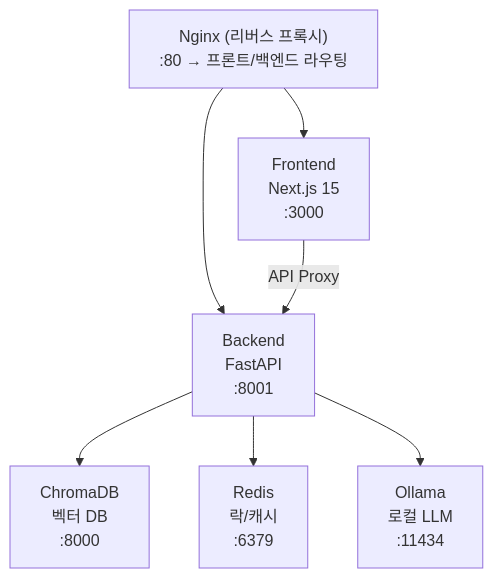
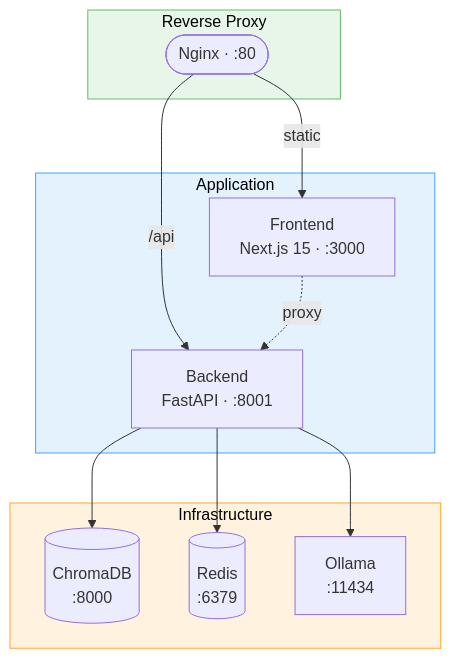
One commit to Jeensh/onTong changed the diagram in README.md. Above: the diagram before and after it, drawn with Mermaid. The commit also changed 1 other file, not shown here.

Commit message:
docs: improve Mermaid diagram readability and visual consistency
- Remove emoji from node labels (cleaner rendering)
- Shorten verbose multi-line nodes
- Fix cycle diagram: replace ~~~ with explicit edge connections
- Add OK/feedback branching to demo-feedback cycle (TD layout)
- Standardize color semantics: green=user, blue=AI, orange=decision, pink=feedback
- Simplify plan review edge labels (action → outcome)
- Add routing labels to architecture diagram (static, /api)

````diff
--- a/README.md
+++ b/README.md
@@ -74,16 +74,28 @@
 ```mermaid
-flowchart TB
-    Nginx["Nginx (리버스 프록시)<br/>:80 → 프론트/백엔드 라우팅"]
-    Frontend["Frontend<br/>Next.js 15<br/>:3000"]
-    Backend["Backend<br/>FastAPI<br/>:8001"]
-    ChromaDB["ChromaDB<br/>벡터 DB<br/>:8000"]
-    Redis["Redis<br/>락/캐시<br/>:6379"]
-    Ollama["Ollama<br/>로컬 LLM<br/>:11434"]
+graph TB
+    subgraph proxy["Reverse Proxy"]
+        Nginx(["Nginx · :80"])
+    end
 
-    Nginx --> Frontend
-    Nginx --> Backend
-    Frontend -->|API Proxy| Backend
+    subgraph app["Application"]
+        Frontend["Frontend\n Next.js 15 · :3000"]
+        Backend["Backend\nFastAPI · :8001"]
+    end
+
+    subgraph infra["Infrastructure"]
+        ChromaDB[("ChromaDB\n:8000")]
+        Redis[("Redis\n:6379")]
+        Ollama["Ollama\n:11434"]
+    end
+
+    Nginx -->|static| Frontend
+    Nginx -->|"/api"| Backend
+    Frontend -. "proxy" .-> Backend
     Backend --> ChromaDB
     Backend --> Redis
     Backend --> Ollama
+
+    style proxy fill:#e8f5e9,stroke:#66bb6a,color:#000
+    style app fill:#e3f2fd,stroke:#42a5f5,color:#000
+    style infra fill:#fff3e0,stroke:#ffa726,color:#000
 ```
````
